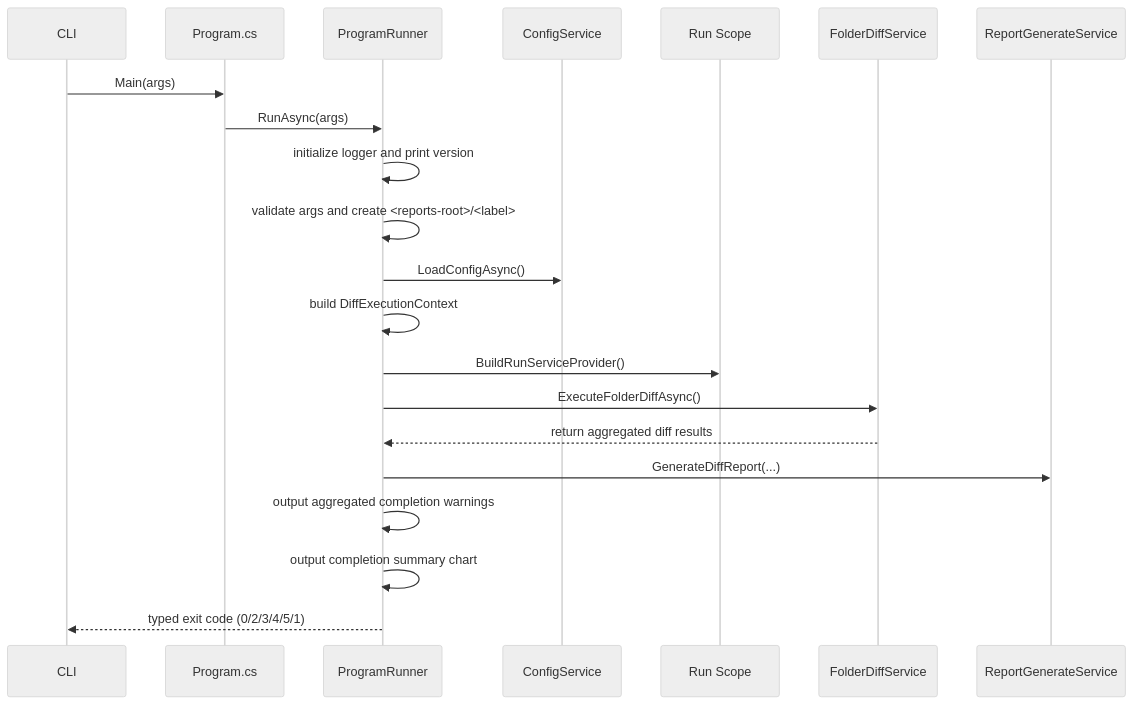
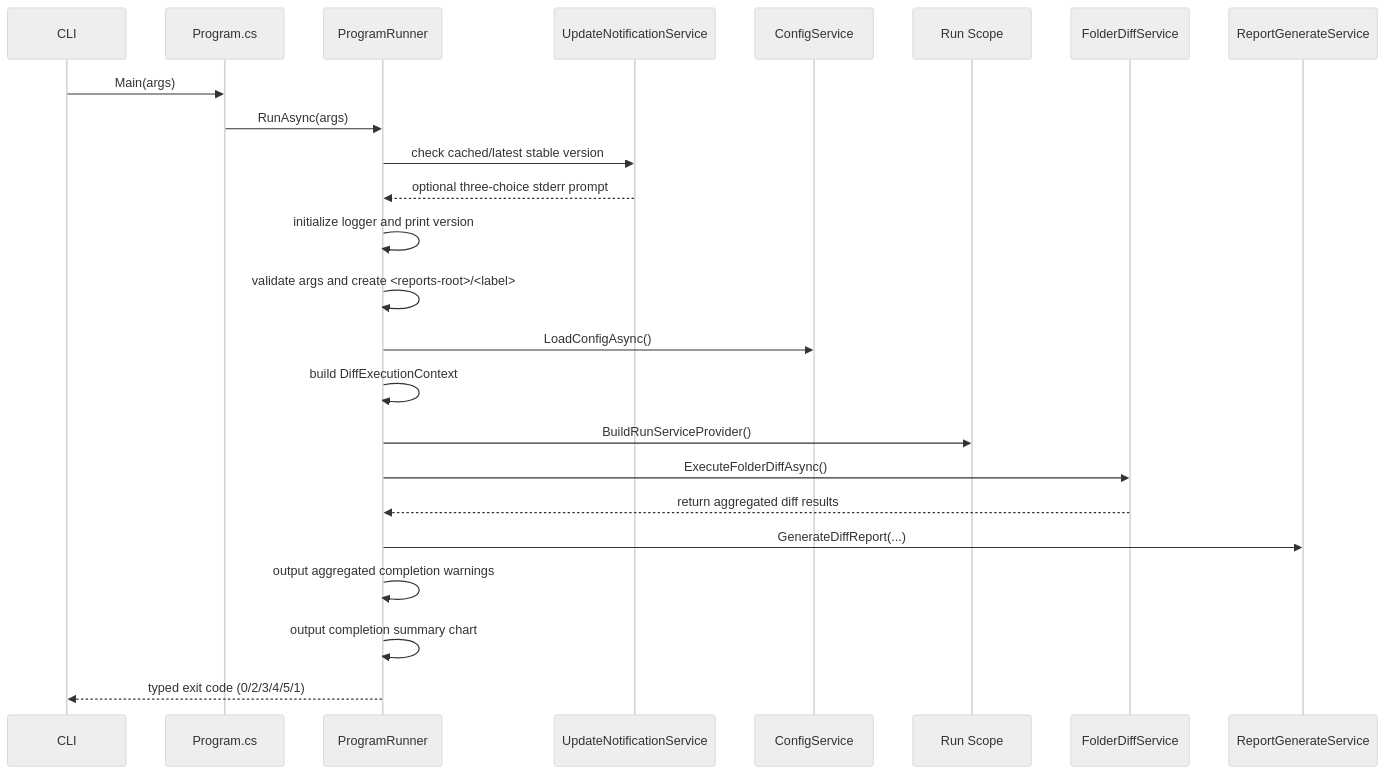
One commit to Widthdom/FolderDiffIL4DotNet changed the third of 12 diagrams in doc/DEVELOPER_GUIDE.md. Above: the diagram before and after it, drawn with Mermaid (neutral theme). The commit also changed other lines of this file and 11 other files, not shown here.

````diff
--- a/doc/DEVELOPER_GUIDE.md
+++ b/doc/DEVELOPER_GUIDE.md
@@ -332,24 +332,27 @@
 ```mermaid
 sequenceDiagram
     participant CLI as CLI
     participant Program as Program.cs
     participant Runner as ProgramRunner
+    participant Update as UpdateNotificationService
     participant Config as ConfigService
     participant Scope as Run Scope
     participant Diff as FolderDiffService
     participant Report as ReportGenerateService
 
     CLI->>Program: Main(args)
     Program->>Runner: RunAsync(args)
+    Runner->>Update: check cached/latest stable version
+    Update-->>Runner: optional three-choice stderr prompt
     Runner->>Runner: initialize logger and print version
     Runner->>Runner: validate args and create <reports-root>/<label>
     Runner->>Config: LoadConfigAsync()
     Runner->>Runner: build DiffExecutionContext
     Runner->>Scope: BuildRunServiceProvider()
     Runner->>Diff: ExecuteFolderDiffAsync()
     Diff-->>Runner: return aggregated diff results
     Runner->>Report: GenerateDiffReport(...)
     Runner->>Runner: output aggregated completion warnings
     Runner->>Runner: output completion summary chart
     Runner-->>CLI: typed exit code (0/2/3/4/5/1)
 ```
````
